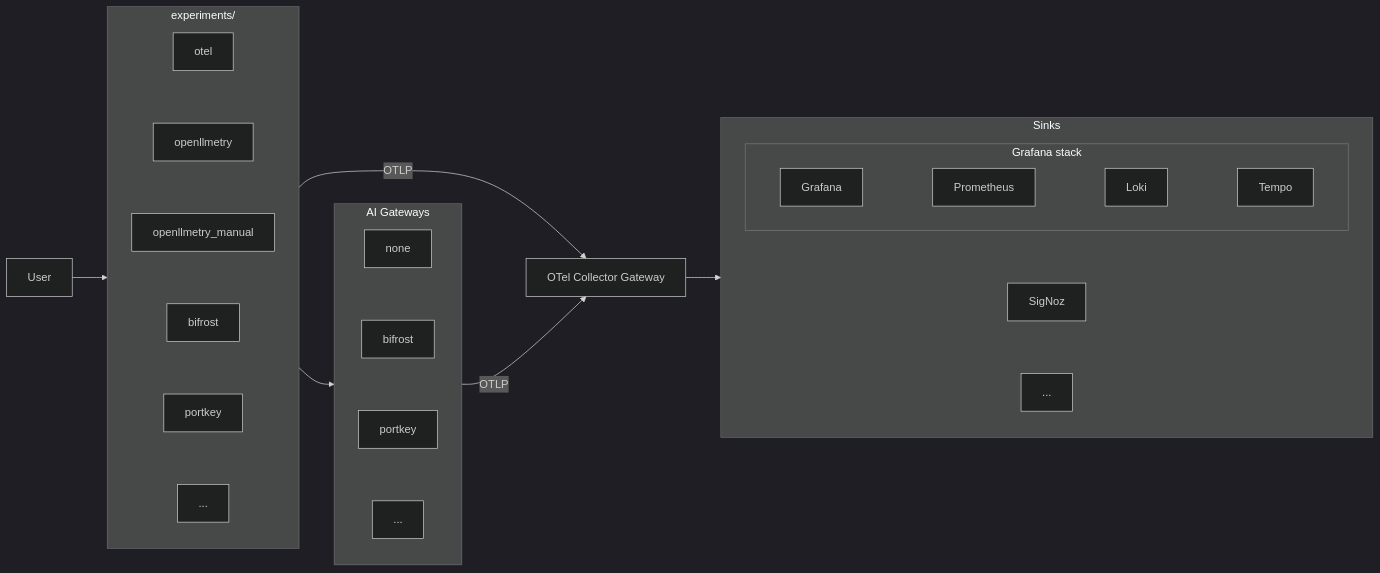
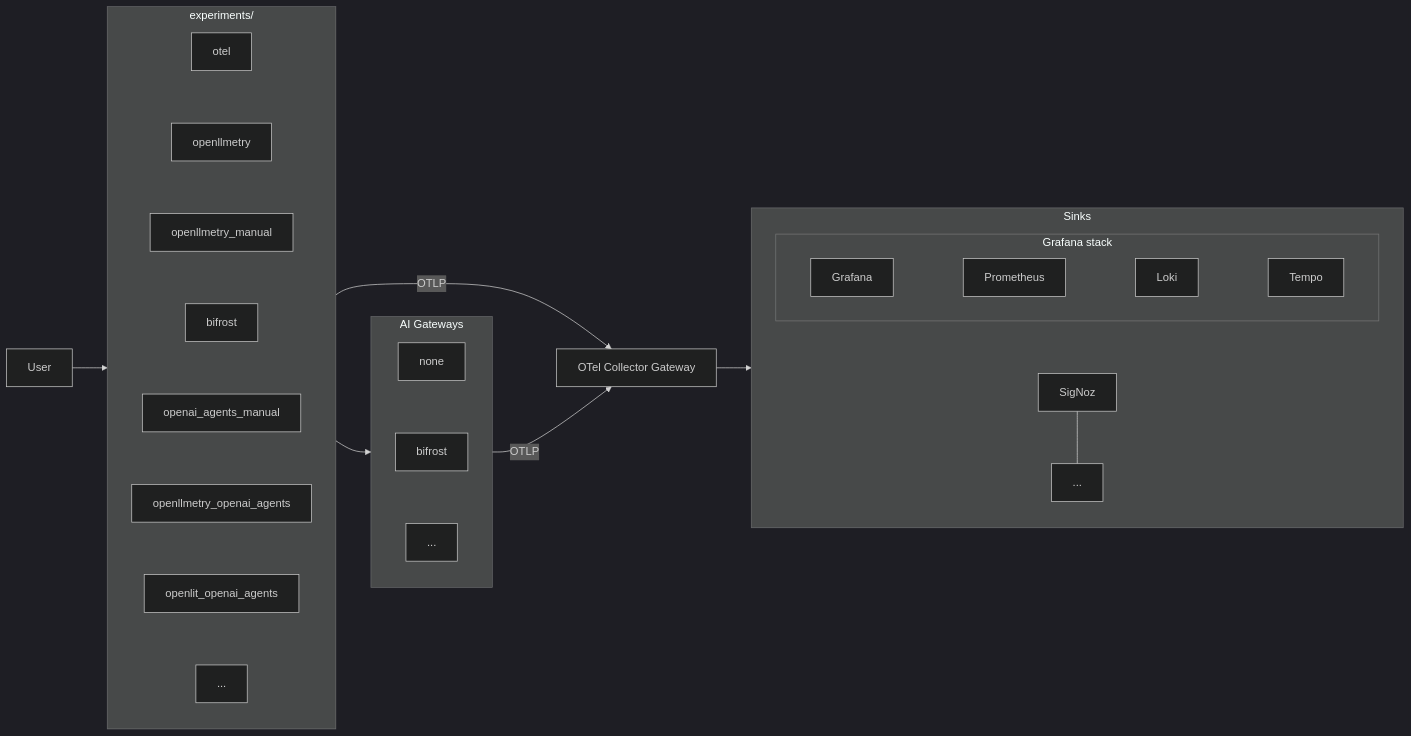
One commit to one2nc/ai_observability changed the diagram in README.md. Above: the diagram before and after it, drawn with Mermaid (dark theme). The commit also changed other lines of this file and 1 other file, not shown here.

Commit message:
(docs) update root README: fix intro, remove portkey, add agent layer, delete redundant comparison doc

````diff
--- a/README.md
+++ b/README.md
@@ -7,29 +7,29 @@
 ```mermaid
 graph LR
     User --> experiments
 
     subgraph experiments["experiments/"]
         direction TB
-        otel --- openllmetry --- openllmetry_manual --- bifrost --- portkey --- more_exp[...]
+        otel --- openllmetry --- openllmetry_manual --- bifrost --- openai_agents_manual --- openllmetry_openai_agents --- openlit_openai_agents --- more_exp[...]
     end
 
     subgraph gateways["AI Gateways"]
         direction TB
-        none_gw[none] --- bifrost_gw[bifrost] --- portkey_gw[portkey] --- more_gw[...]
+        none_gw[none] --- bifrost_gw[bifrost] --- more_gw[...]
     end
 
     subgraph sinks["Sinks"]
         direction TB
         subgraph grafana_stack["Grafana stack"]
             grafana[Grafana] --- prometheus[Prometheus] --- loki[Loki] --- tempo[Tempo]
         end
         grafana_stack --- signoz[SigNoz] --- more_sink[...]
     end
 
     experiments --> gateways
     experiments -->|OTLP| collector[OTel Collector Gateway]
     gateways -->|OTLP| collector
     collector --> sinks
 
     linkStyle 1,2,3,4,5,6,7,8,9,10,11,12,13 stroke:none
 ```
````
